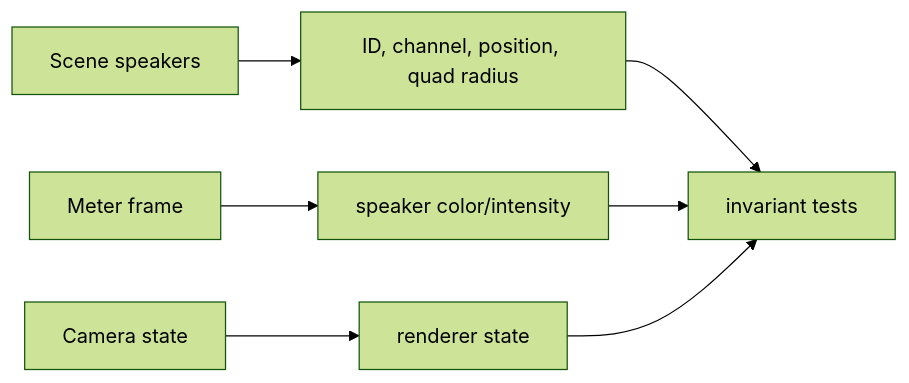
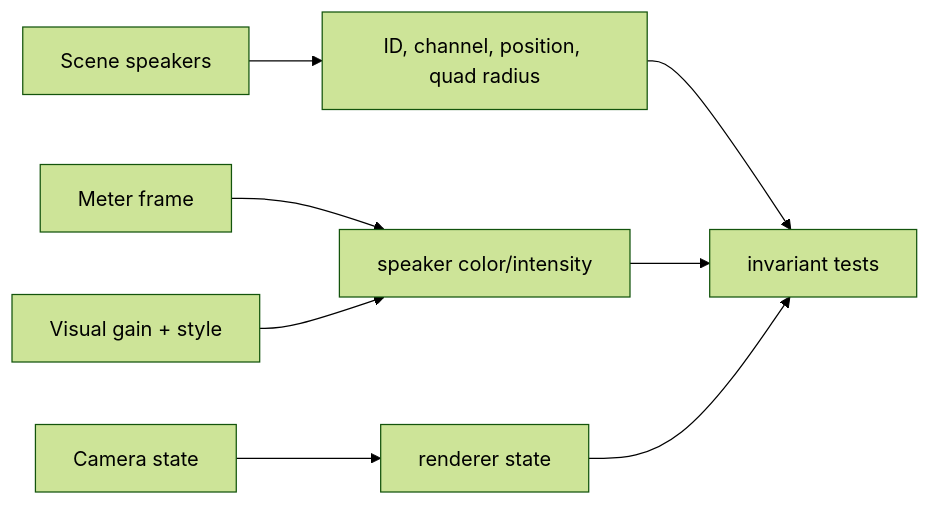
The sixth of 9 diagrams in docs/system-flows.md (jebagu/orbital-view), drawn with Mermaid (forest theme) before and after one commit. The commit also changed other lines of this file and 25 other files, not shown here.

````diff
--- a/docs/system-flows.md
+++ b/docs/system-flows.md
@@ -66,9 +67,10 @@
 ```mermaid
 flowchart LR
   Scene["Scene speakers"] --> StaticInputs["ID, channel, position, quad radius"]
   Meter["Meter frame"] --> ColorInputs["speaker color/intensity"]
+  Settings["Visual gain + style"] --> ColorInputs
   Camera["Camera state"] --> State["renderer state"]
   StaticInputs --> Tests["invariant tests"]
   ColorInputs --> Tests
   State --> Tests
 ```
````
